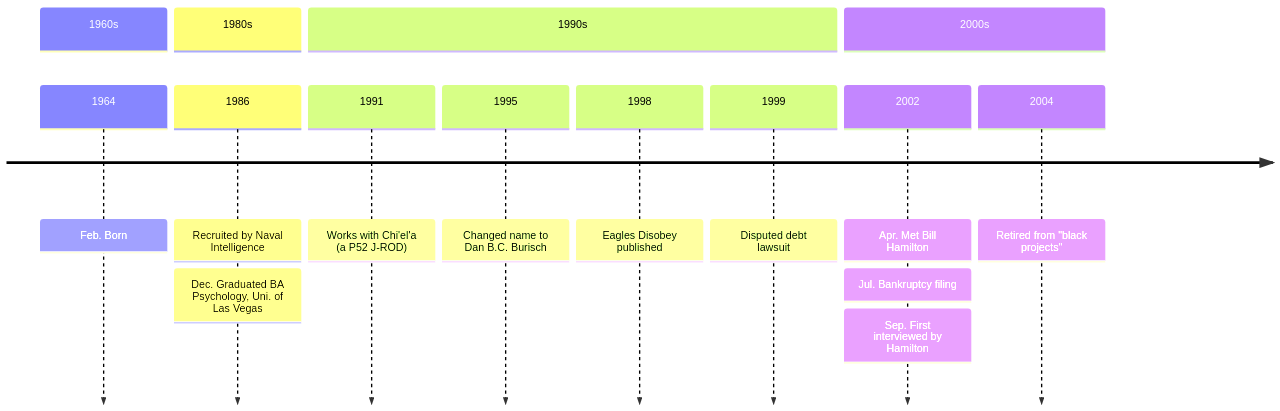
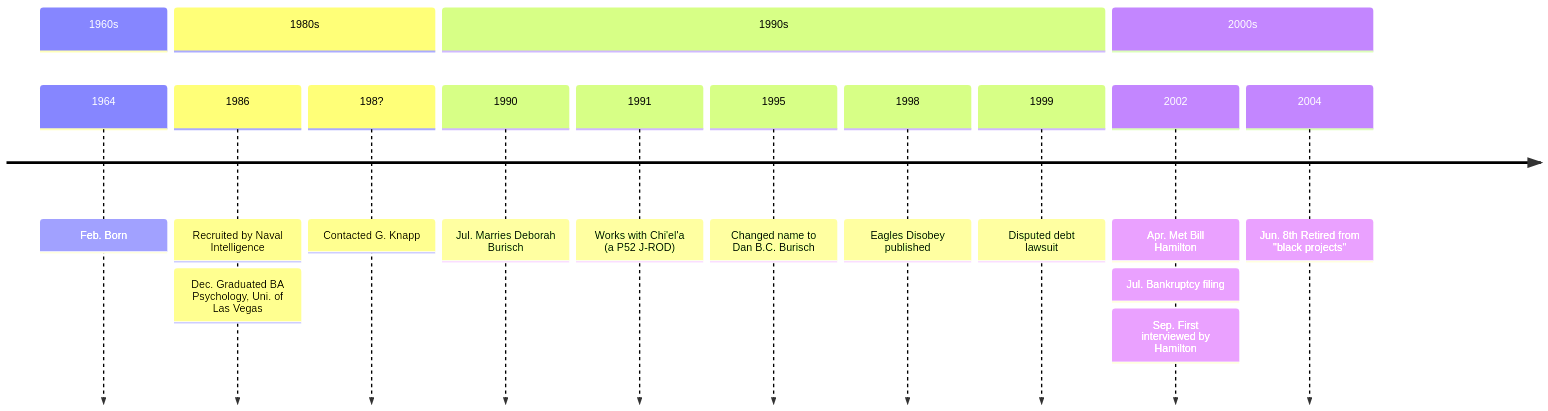
The diagram in docs/people/burisch_dan.md (Black-Star-Institute/blackstar.github.io), drawn with Mermaid before and after one commit. The commit also changed other lines of this file, not shown here.

````diff
--- a/docs/people/burisch_dan.md
+++ b/docs/people/burisch_dan.md
@@ -57,18 +65,20 @@
 ```mermaid
 timeline
     section 1960s
         1964 : Feb. Born
     section 1980s
         1986 : Recruited by Naval Intelligence
              : Dec. Graduated BA Psychology, Uni. of Las Vegas
+        198? : Contacted G. Knapp
     section 1990s
+        1990 : Jul. Marries Deborah Burisch
         1991 : Works with Chi'el'a (a P52 J-ROD)
         1995 : Changed name to Dan B.C. Burisch
         1998 : Eagles Disobey published
         1999 : Disputed debt lawsuit
     section 2000s
         2002 : Apr. Met Bill Hamilton
              : Jul. Bankruptcy filing
              : Sep. First interviewed by Hamilton
-        2004 : Retired from "black projects"
+        2004 : Jun. 8th Retired from "black projects"
 ```
````
